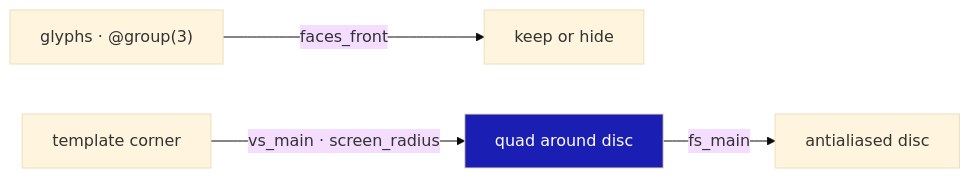
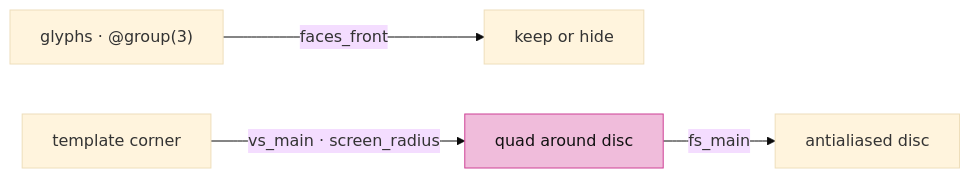
Before and after one commit to petrasvestartas/session: the fourth of 6 diagrams in session_viewer/docs/04c-markers.md, drawn with Mermaid (base theme). The commit also changed other lines of this file and 23 other files, not shown here.

Commit message:
Course: Mermaid nodes white with black text, highlighted nodes pink, white arrows and edge labels on the black ground

````diff
--- a/session_viewer/docs/04c-markers.md
+++ b/session_viewer/docs/04c-markers.md
@@ -73,7 +73,7 @@
 ```mermaid
 flowchart LR
     G["glyphs · @group(3)"] -- "faces_front" --> K["keep or hide"]
     T["template corner"] -- "vs_main · screen_radius" --> Q["quad around disc"]
     Q -- "fs_main" --> D["antialiased disc"]
-    style Q fill:#1a1eb2,color:#fff
+    style Q fill:#f0bcdb,stroke:#ce4095,color:#111
 ```
````
